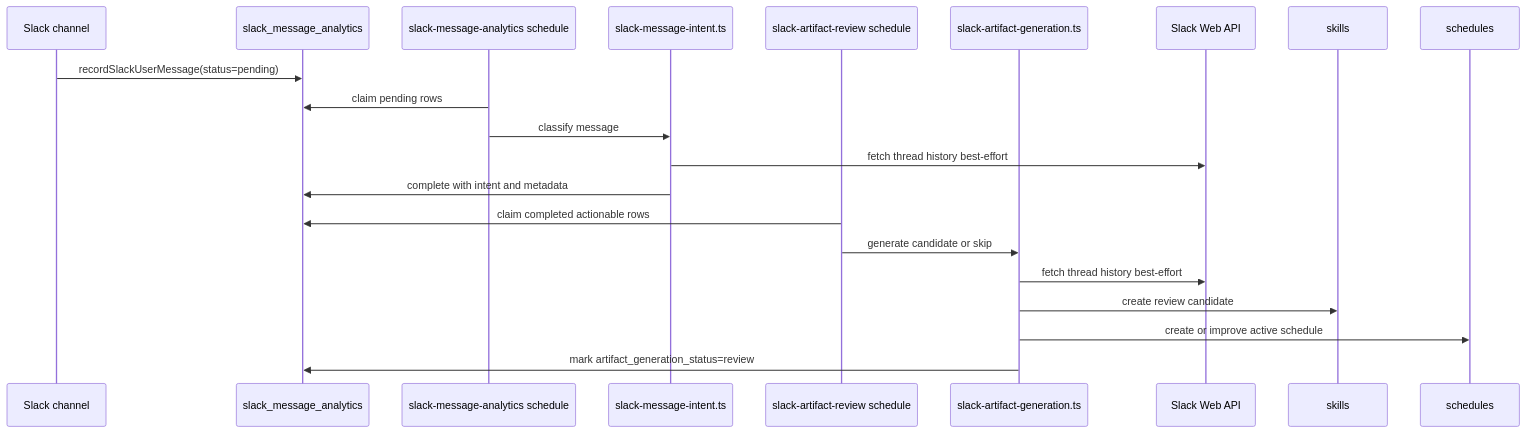
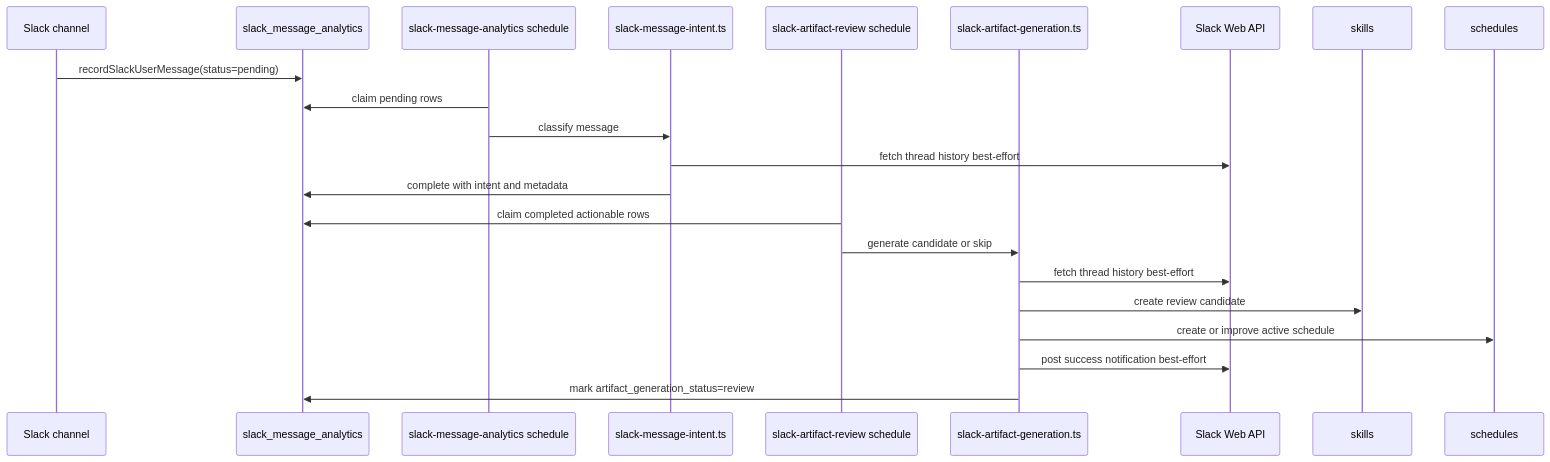
The third of 3 diagrams in AGENTS.md (GorobVictor/slack-ai-agent-eve), drawn with Mermaid before and after one commit. The commit also changed other lines of this file and 1 other file, not shown here.

First line of the commit message:
ref: document artifact success notifications

````diff
--- a/AGENTS.md
+++ b/AGENTS.md
@@ -325,24 +325,25 @@
 ```mermaid
 sequenceDiagram
   participant Slack as Slack channel
   participant DB as slack_message_analytics
   participant AnalysisSchedule as slack-message-analytics schedule
   participant Intent as slack-message-intent.ts
   participant ArtifactSchedule as slack-artifact-review schedule
   participant Generator as slack-artifact-generation.ts
   participant SlackAPI as Slack Web API
   participant Skills as skills
   participant Schedules as schedules
 
   Slack->>DB: recordSlackUserMessage(status=pending)
   AnalysisSchedule->>DB: claim pending rows
   AnalysisSchedule->>Intent: classify message
   Intent->>SlackAPI: fetch thread history best-effort
   Intent->>DB: complete with intent and metadata
   ArtifactSchedule->>DB: claim completed actionable rows
   ArtifactSchedule->>Generator: generate candidate or skip
   Generator->>SlackAPI: fetch thread history best-effort
   Generator->>Skills: create review candidate
   Generator->>Schedules: create or improve active schedule
+  Generator->>SlackAPI: post success notification best-effort
   Generator->>DB: mark artifact_generation_status=review
 ```
````
